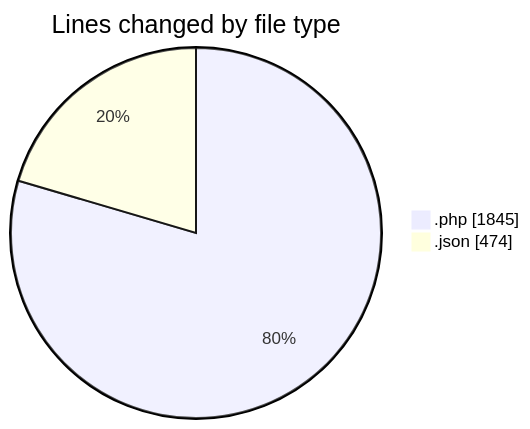
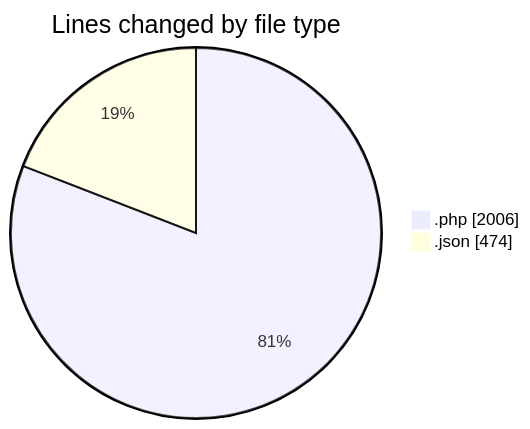
Before and after one commit to idhammustaqopulfikri/code-tracking: the first of 2 diagrams in 2025-06-22/studio-backend/README.md, drawn with Mermaid. The commit also changed other lines of this file and 1 other file, not shown here.

````diff
--- a/2025-06-22/studio-backend/README.md
+++ b/2025-06-22/studio-backend/README.md
@@ -28,6 +29,6 @@
 ```mermaid
 pie showData
 title Lines changed by file type
-".php" : 1845
+".php" : 2006
 ".json" : 474
 ```
````
